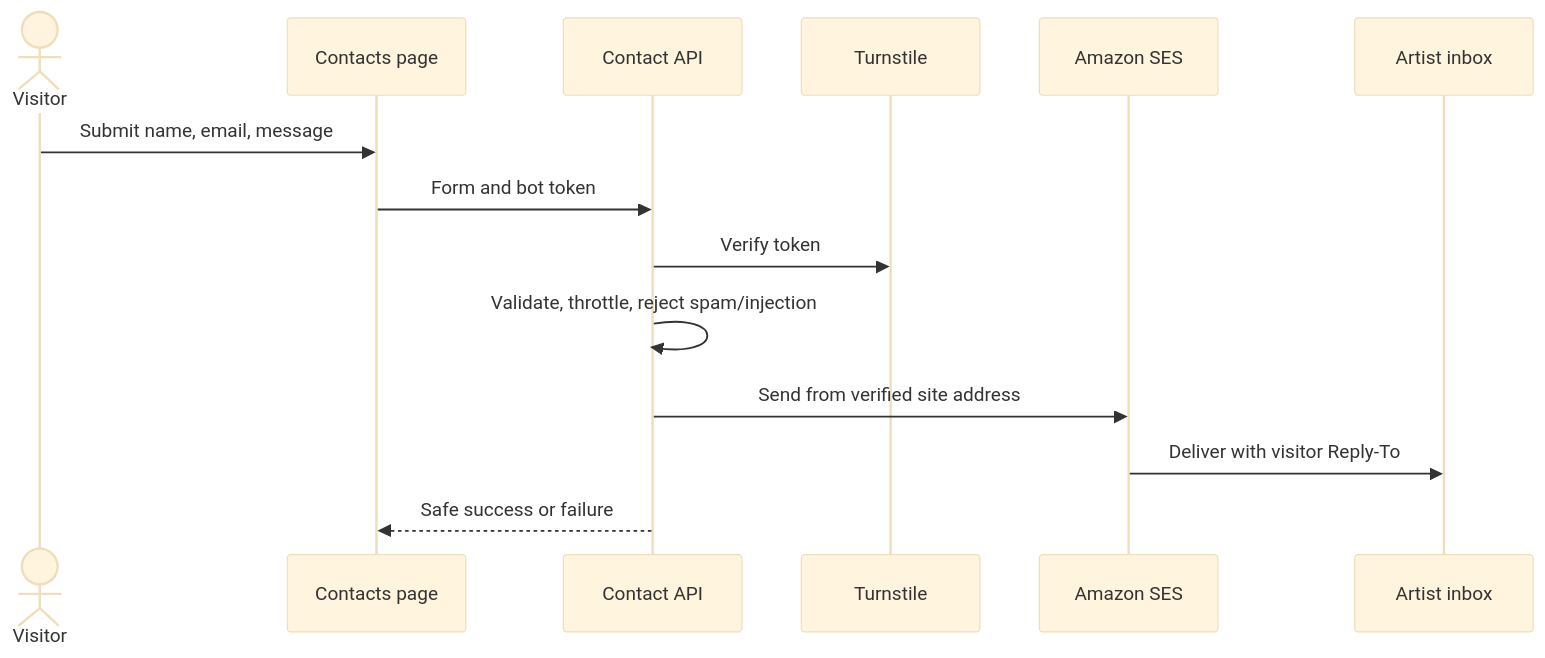
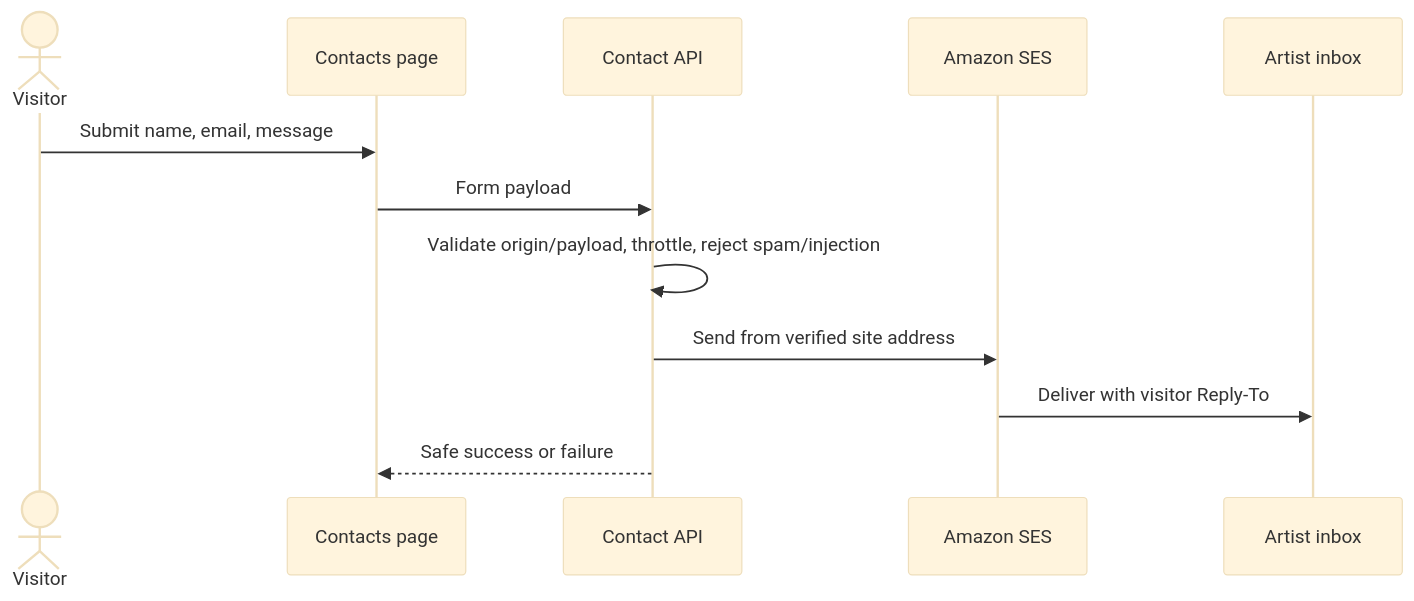
One commit to ybalenko/artist-portfolio-website changed the second of 3 diagrams in docs/architecture/high-level-design.md. Above: the diagram before and after it, drawn with Mermaid (base theme). The commit also changed other lines of this file and 16 other files, not shown here.

````diff
--- a/docs/architecture/high-level-design.md
+++ b/docs/architecture/high-level-design.md
@@ -128,17 +127,15 @@
 ```mermaid
 sequenceDiagram
     actor V as Visitor
     participant C as Contacts page
     participant API as Contact API
-    participant T as Turnstile
     participant SES as Amazon SES
     participant I as Artist inbox
 
     V->>C: Submit name, email, message
-    C->>API: Form and bot token
-    API->>T: Verify token
-    API->>API: Validate, throttle, reject spam/injection
+    C->>API: Form payload
+    API->>API: Validate origin/payload, throttle, reject spam/injection
     API->>SES: Send from verified site address
     SES->>I: Deliver with visitor Reply-To
     API-->>C: Safe success or failure
 ```
````
